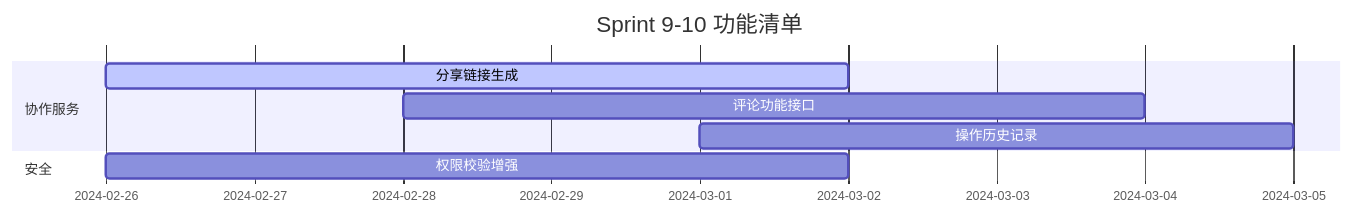
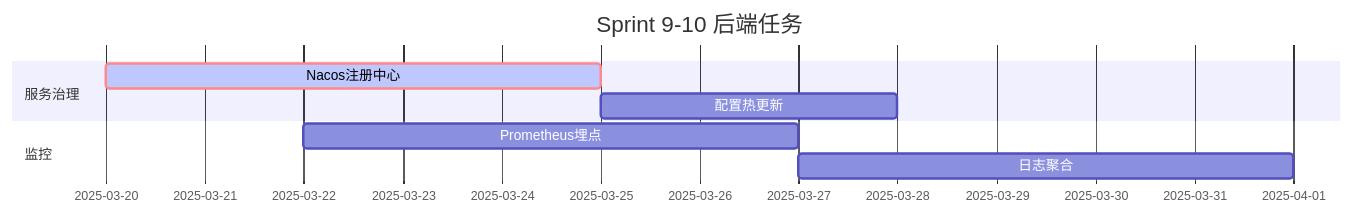
Before and after one commit to Hanekawa-00/Obsidian_Note: the ninth of 11 diagrams in MyProject/intelligent-bi-platform-microServices/My-plan.md, drawn with Mermaid. The commit also changed other lines of this file, not shown here.

````diff
--- a/MyProject/intelligent-bi-platform-microServices/My-plan.md
+++ b/MyProject/intelligent-bi-platform-microServices/My-plan.md
@@ -67,10 +238,10 @@
 ```mermaid
 gantt
-    title Sprint 9-10 功能清单
-    section 协作服务
-    分享链接生成        :active, 2024-02-26, 5d
-    评论功能接口        :2024-02-28, 5d
-    操作历史记录        :2024-03-01, 4d
-    section 安全
-    权限校验增强        :2024-02-26, 5d
+    title Sprint 9-10 后端任务
+    section 服务治理
+    Nacos注册中心 :crit, active, a1, 2025-03-20, 5d
+    配置热更新 :a2, after a1, 3d
+    section 监控
+    Prometheus埋点 :a3, 2025-03-22, 5d
+    日志聚合 :a4, after a3, 5d
 ```
````
